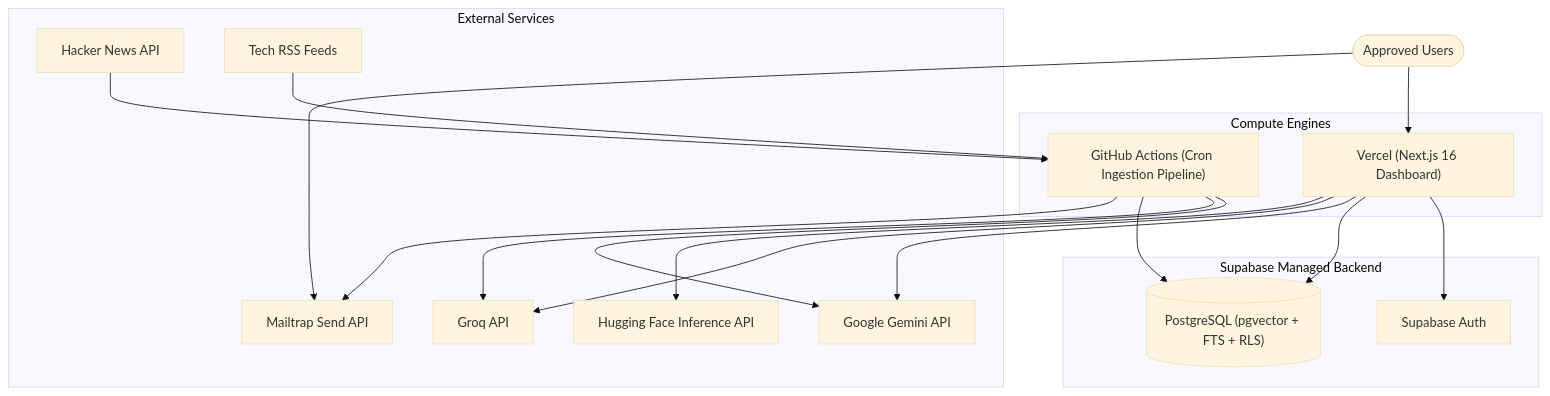
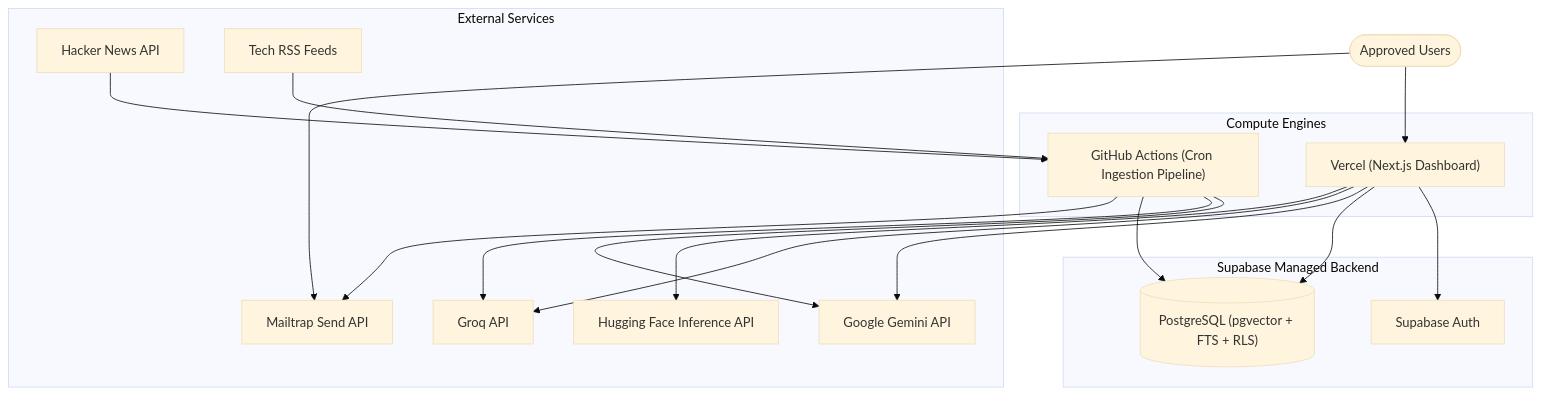
The diagram in docs/README.md (Ssaammmmiitt/Skim), drawn with Mermaid (base theme) before and after one commit. The commit also changed other lines of this file and 9 other files, not shown here.

````diff
--- a/docs/README.md
+++ b/docs/README.md
@@ -23,37 +24,37 @@
 ```mermaid
 flowchart TB
   subgraph external [External Services]
     HN[Hacker News API]
     RSS[Tech RSS Feeds]
     Gemini[Google Gemini API]
     Groq[Groq API]
     HF[Hugging Face Inference API]
     Mailtrap[Mailtrap Send API]
   end
 
   subgraph compute [Compute Engines]
     GHA["GitHub Actions (Cron Ingestion Pipeline)"]
-    Vercel["Vercel (Next.js 16 Dashboard)"]
+    Vercel["Vercel (Next.js Dashboard)"]
   end
 
   subgraph storage [Supabase Managed Backend]
     Auth[Supabase Auth]
     DB[("PostgreSQL (pgvector + FTS + RLS)")]
   end
 
   HN --> GHA
   RSS --> GHA
   GHA --> Gemini
   GHA --> Groq
   GHA --> DB
   GHA --> Mailtrap
 
   Vercel --> Auth
   Vercel --> DB
   Vercel --> Gemini
   Vercel --> Groq
   Vercel --> HF
 
   Users([Approved Users]) --> Vercel
   Users --> Mailtrap
 ```
````
